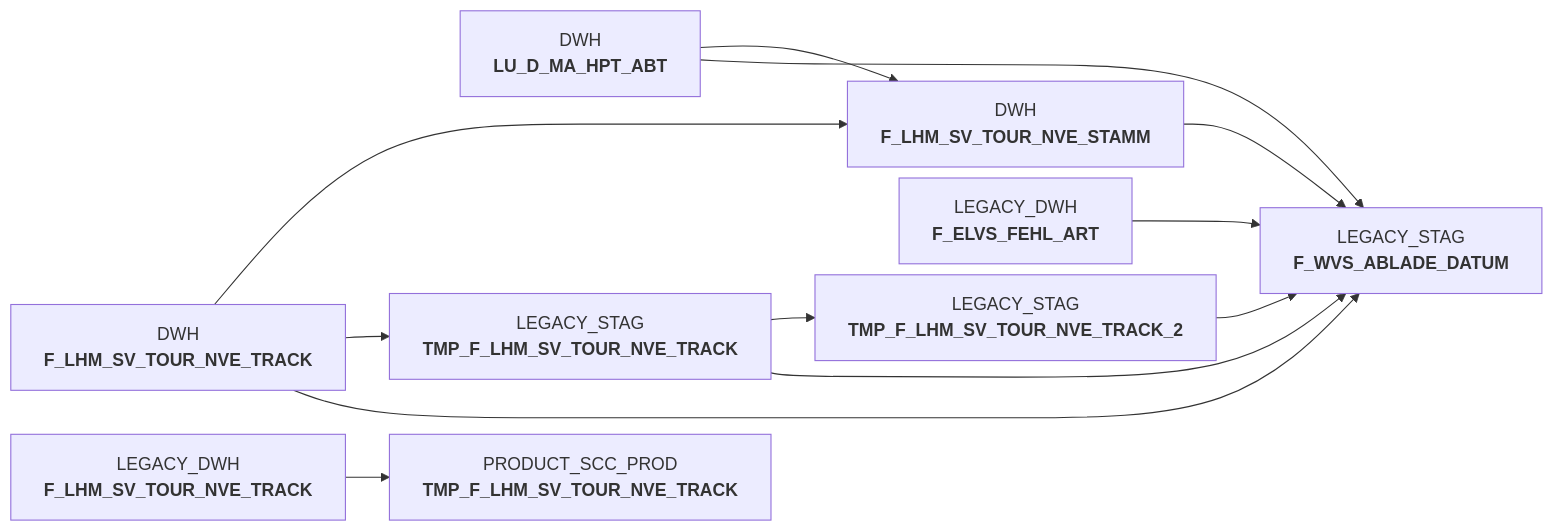
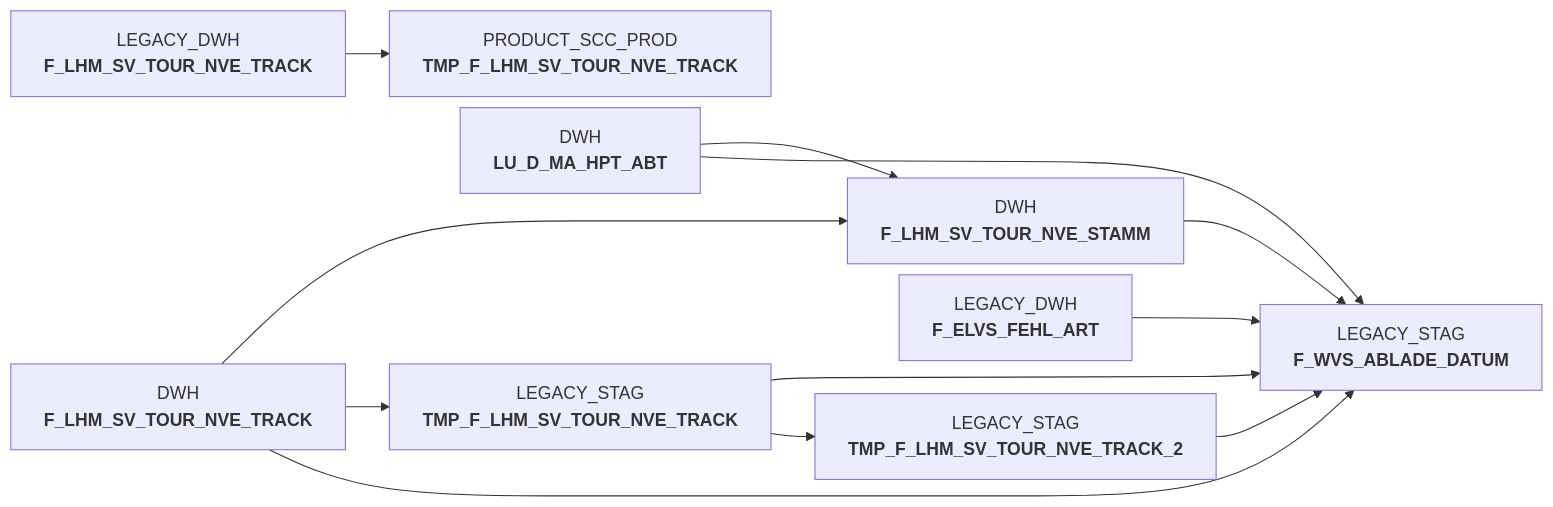
Before and after one commit to integration-factory-de/sas_code_docs: the diagram in docs/Applications/BDWH_SCCWVS/sccwvs_005_wvs_ablade_tag.sas.md, drawn with Mermaid. The commit also changed other lines of this file and 129 other files, not shown here.

````diff
--- a/docs/Applications/BDWH_SCCWVS/sccwvs_005_wvs_ablade_tag.sas.md
+++ b/docs/Applications/BDWH_SCCWVS/sccwvs_005_wvs_ablade_tag.sas.md
@@ -9,29 +43,29 @@
 ```mermaid
 %%{init: {'flowchart': { 'nodeSpacing': 10, 'rankSpacing': 40, 'rankdir': 'TB' }}}%%
 
 flowchart LR
 
+  LEGACY_STAG.TMP_F_LHM_SV_TOUR_NVE_TRACK["LEGACY_STAG<br/><b>TMP_F_LHM_SV_TOUR_NVE_TRACK</b>"] --> LEGACY_STAG.TMP_F_LHM_SV_TOUR_NVE_TRACK_2["LEGACY_STAG<br/><b>TMP_F_LHM_SV_TOUR_NVE_TRACK_2</b>"]
+  LEGACY_STAG.TMP_F_LHM_SV_TOUR_NVE_TRACK["LEGACY_STAG<br/><b>TMP_F_LHM_SV_TOUR_NVE_TRACK</b>"] --> LEGACY_STAG.F_WVS_ABLADE_DATUM["LEGACY_STAG<br/><b>F_WVS_ABLADE_DATUM</b>"]
   DWH.F_LHM_SV_TOUR_NVE_TRACK["DWH<br/><b>F_LHM_SV_TOUR_NVE_TRACK</b>"] --> LEGACY_STAG.F_WVS_ABLADE_DATUM["LEGACY_STAG<br/><b>F_WVS_ABLADE_DATUM</b>"]
   DWH.LU_D_MA_HPT_ABT["DWH<br/><b>LU_D_MA_HPT_ABT</b>"] --> LEGACY_STAG.F_WVS_ABLADE_DATUM["LEGACY_STAG<br/><b>F_WVS_ABLADE_DATUM</b>"]
   LEGACY_STAG.TMP_F_LHM_SV_TOUR_NVE_TRACK_2["LEGACY_STAG<br/><b>TMP_F_LHM_SV_TOUR_NVE_TRACK_2</b>"] --> LEGACY_STAG.F_WVS_ABLADE_DATUM["LEGACY_STAG<br/><b>F_WVS_ABLADE_DATUM</b>"]
   DWH.F_LHM_SV_TOUR_NVE_TRACK["DWH<br/><b>F_LHM_SV_TOUR_NVE_TRACK</b>"] --> LEGACY_STAG.TMP_F_LHM_SV_TOUR_NVE_TRACK["LEGACY_STAG<br/><b>TMP_F_LHM_SV_TOUR_NVE_TRACK</b>"]
-  DWH.LU_D_MA_HPT_ABT["DWH<br/><b>LU_D_MA_HPT_ABT</b>"] --> DWH.F_LHM_SV_TOUR_NVE_STAMM["DWH<br/><b>F_LHM_SV_TOUR_NVE_STAMM</b>"]
-  DWH.F_LHM_SV_TOUR_NVE_STAMM["DWH<br/><b>F_LHM_SV_TOUR_NVE_STAMM</b>"] --> LEGACY_STAG.F_WVS_ABLADE_DATUM["LEGACY_STAG<br/><b>F_WVS_ABLADE_DATUM</b>"]
-  LEGACY_STAG.TMP_F_LHM_SV_TOUR_NVE_TRACK["LEGACY_STAG<br/><b>TMP_F_LHM_SV_TOUR_NVE_TRACK</b>"] --> LEGACY_STAG.F_WVS_ABLADE_DATUM["LEGACY_STAG<br/><b>F_WVS_ABLADE_DATUM</b>"]
   DWH.F_LHM_SV_TOUR_NVE_TRACK["DWH<br/><b>F_LHM_SV_TOUR_NVE_TRACK</b>"] --> DWH.F_LHM_SV_TOUR_NVE_STAMM["DWH<br/><b>F_LHM_SV_TOUR_NVE_STAMM</b>"]
   LEGACY_DWH.F_LHM_SV_TOUR_NVE_TRACK["LEGACY_DWH<br/><b>F_LHM_SV_TOUR_NVE_TRACK</b>"] --> PRODUCT_SCC_PROD.TMP_F_LHM_SV_TOUR_NVE_TRACK["PRODUCT_SCC_PROD<br/><b>TMP_F_LHM_SV_TOUR_NVE_TRACK</b>"]
   LEGACY_DWH.F_ELVS_FEHL_ART["LEGACY_DWH<br/><b>F_ELVS_FEHL_ART</b>"] --> LEGACY_STAG.F_WVS_ABLADE_DATUM["LEGACY_STAG<br/><b>F_WVS_ABLADE_DATUM</b>"]
-  LEGACY_STAG.TMP_F_LHM_SV_TOUR_NVE_TRACK["LEGACY_STAG<br/><b>TMP_F_LHM_SV_TOUR_NVE_TRACK</b>"] --> LEGACY_STAG.TMP_F_LHM_SV_TOUR_NVE_TRACK_2["LEGACY_STAG<br/><b>TMP_F_LHM_SV_TOUR_NVE_TRACK_2</b>"]
+  DWH.LU_D_MA_HPT_ABT["DWH<br/><b>LU_D_MA_HPT_ABT</b>"] --> DWH.F_LHM_SV_TOUR_NVE_STAMM["DWH<br/><b>F_LHM_SV_TOUR_NVE_STAMM</b>"]
+  DWH.F_LHM_SV_TOUR_NVE_STAMM["DWH<br/><b>F_LHM_SV_TOUR_NVE_STAMM</b>"] --> LEGACY_STAG.F_WVS_ABLADE_DATUM["LEGACY_STAG<br/><b>F_WVS_ABLADE_DATUM</b>"]
+  click LEGACY_STAG.TMP_F_LHM_SV_TOUR_NVE_TRACK "../../tables/LEGACY_STAG/TMP_F_LHM_SV_TOUR_NVE_TRACK"
   click DWH.F_LHM_SV_TOUR_NVE_TRACK "../../tables/DWH/F_LHM_SV_TOUR_NVE_TRACK"
   click DWH.LU_D_MA_HPT_ABT "../../tables/DWH/LU_D_MA_HPT_ABT"
   click LEGACY_STAG.TMP_F_LHM_SV_TOUR_NVE_TRACK_2 "../../tables/LEGACY_STAG/TMP_F_LHM_SV_TOUR_NVE_TRACK_2"
-  click DWH.F_LHM_SV_TOUR_NVE_STAMM "../../tables/DWH/F_LHM_SV_TOUR_NVE_STAMM"
-  click LEGACY_STAG.TMP_F_LHM_SV_TOUR_NVE_TRACK "../../tables/LEGACY_STAG/TMP_F_LHM_SV_TOUR_NVE_TRACK"
   click LEGACY_DWH.F_LHM_SV_TOUR_NVE_TRACK "../../tables/LEGACY_DWH/F_LHM_SV_TOUR_NVE_TRACK"
   click LEGACY_DWH.F_ELVS_FEHL_ART "../../tables/LEGACY_DWH/F_ELVS_FEHL_ART"
+  click DWH.F_LHM_SV_TOUR_NVE_STAMM "../../tables/DWH/F_LHM_SV_TOUR_NVE_STAMM"
+  click LEGACY_STAG.TMP_F_LHM_SV_TOUR_NVE_TRACK_2 "../../tables/LEGACY_STAG/TMP_F_LHM_SV_TOUR_NVE_TRACK_2"
   click LEGACY_STAG.F_WVS_ABLADE_DATUM "../../tables/LEGACY_STAG/F_WVS_ABLADE_DATUM"
   click LEGACY_STAG.TMP_F_LHM_SV_TOUR_NVE_TRACK "../../tables/LEGACY_STAG/TMP_F_LHM_SV_TOUR_NVE_TRACK"
   click DWH.F_LHM_SV_TOUR_NVE_STAMM "../../tables/DWH/F_LHM_SV_TOUR_NVE_STAMM"
   click PRODUCT_SCC_PROD.TMP_F_LHM_SV_TOUR_NVE_TRACK "../../tables/PRODUCT_SCC_PROD/TMP_F_LHM_SV_TOUR_NVE_TRACK"
-  click LEGACY_STAG.TMP_F_LHM_SV_TOUR_NVE_TRACK_2 "../../tables/LEGACY_STAG/TMP_F_LHM_SV_TOUR_NVE_TRACK_2"
 ```
````
